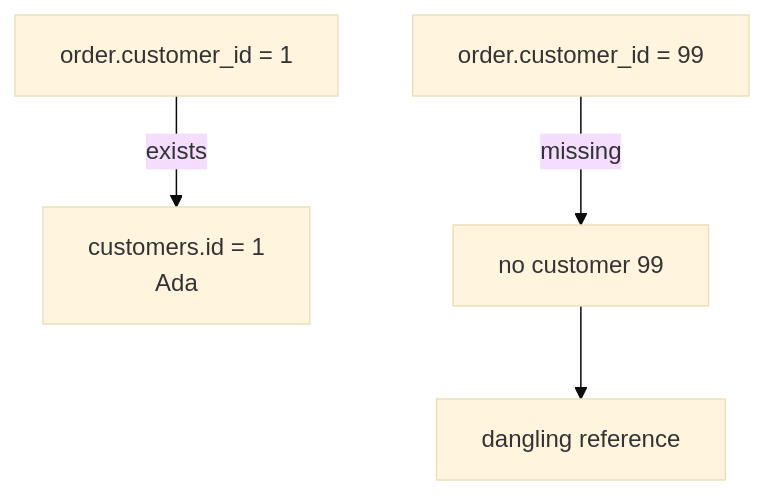
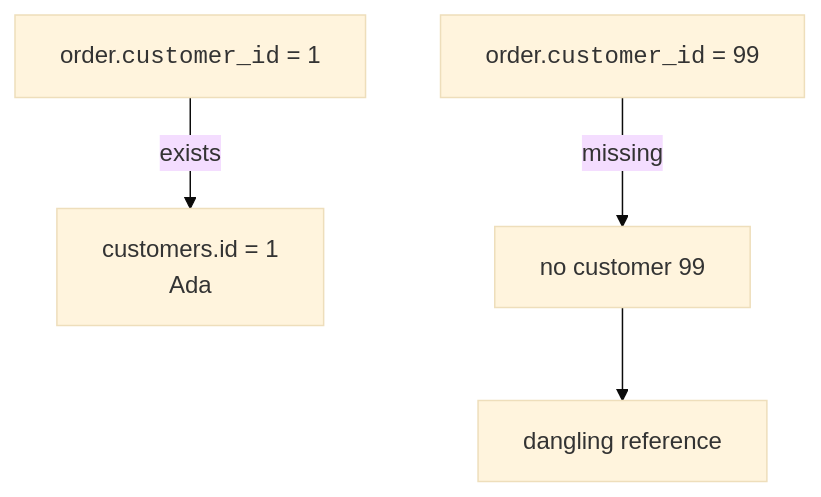
One commit to dataslope/dataslope changed the third of 4 diagrams in content/learn/sqlite-for-beginners/foreign-keys.mdx. Above: the diagram before and after it, drawn with Mermaid (base theme). The commit also changed other lines of this file and 153 other files, not shown here.

First line of the commit message:
Render code-only mermaid shapes in monospace; convert step sequences to Steps

````diff
--- a/content/learn/sqlite-for-beginners/foreign-keys.mdx
+++ b/content/learn/sqlite-for-beginners/foreign-keys.mdx
@@ -90,6 +90,6 @@
 ```mermaid
 flowchart TB
-    Good["order.customer_id = 1"] -->|"exists"| Ada["customers.id = 1<br/>Ada"]
-    Bad["order.customer_id = 99"] -->|"missing"| Missing["no customer 99"]
+    Good["order.<code>customer_id</code> = 1"] -->|"exists"| Ada["customers.id = 1<br/>Ada"]
+    Bad["order.<code>customer_id</code> = 99"] -->|"missing"| Missing["no customer 99"]
     Missing --> Warning["dangling reference"]
 ```
````
